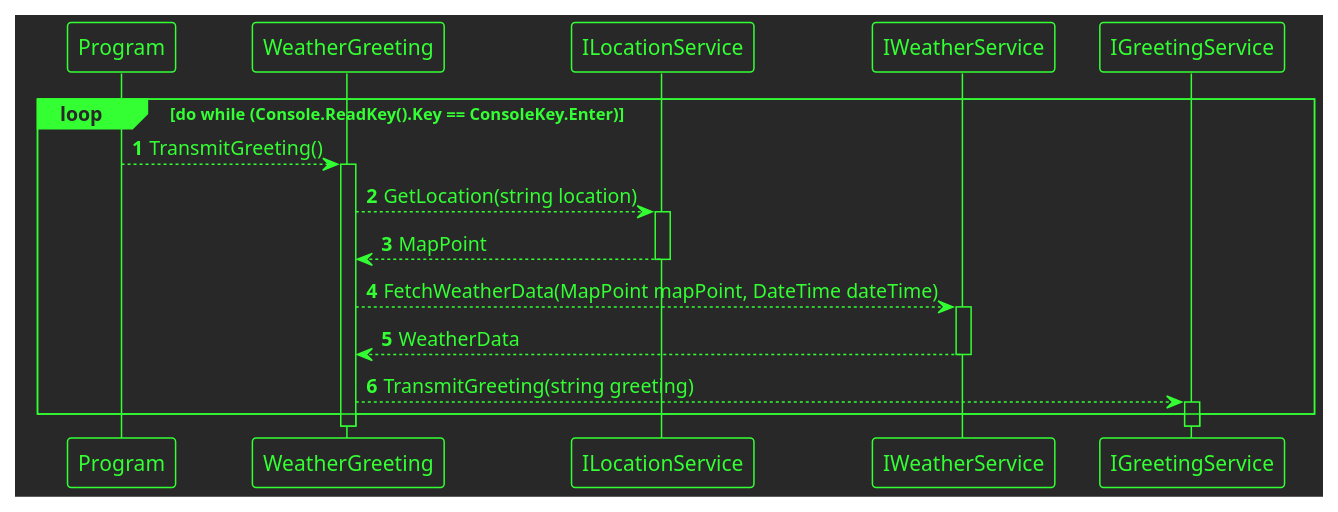
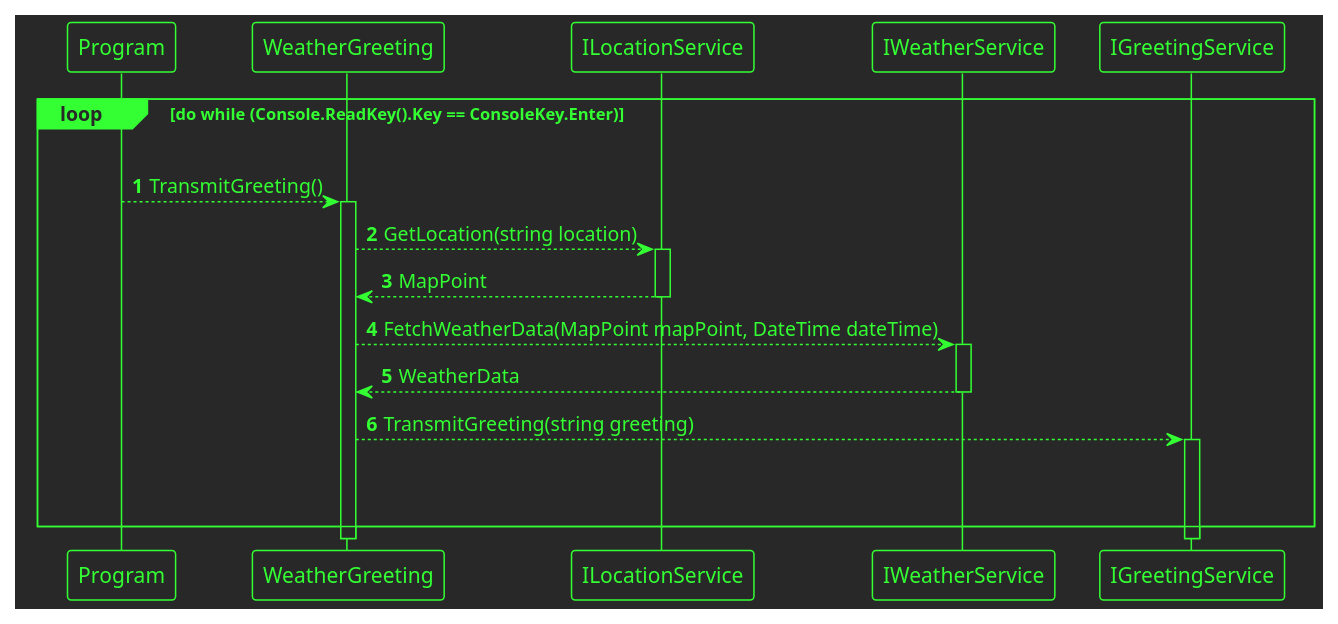
The diagram in WeatherGreeting/WeatherGreeting/WeatherGreetingSequence.puml (d-german/weather-greeting), drawn with PlantUML before and after one commit.

Commit message:
made some changes

```diff
--- a/WeatherGreeting/WeatherGreeting/WeatherGreetingSequence.puml
+++ b/WeatherGreeting/WeatherGreeting/WeatherGreetingSequence.puml
@@ -1,13 +1,16 @@
 @startuml
 !theme crt-green
 'https://plantuml.com/sequence-diagram
 autonumber
 loop do while (Console.ReadKey().Key == ConsoleKey.Enter)
+|||
 Program --> WeatherGreeting ++ : TransmitGreeting()
 WeatherGreeting --> ILocationService ++ : GetLocation(string location)
 return MapPoint
 WeatherGreeting --> IWeatherService ++ : FetchWeatherData(MapPoint mapPoint, DateTime dateTime)
 return WeatherData
 WeatherGreeting --> IGreetingService ++ : TransmitGreeting(string greeting)
+|||
+|||
 end
 @enduml
```
